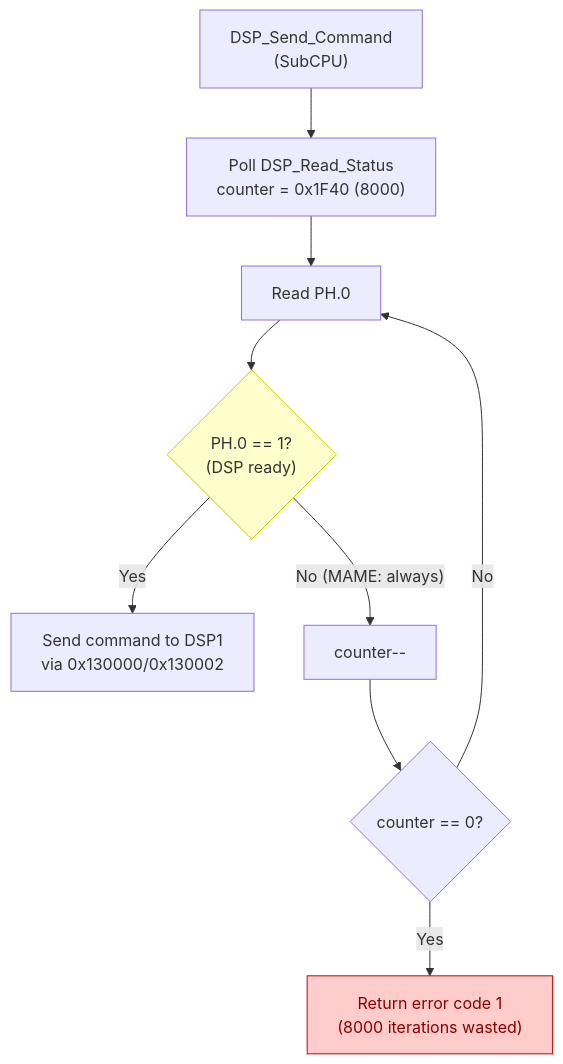
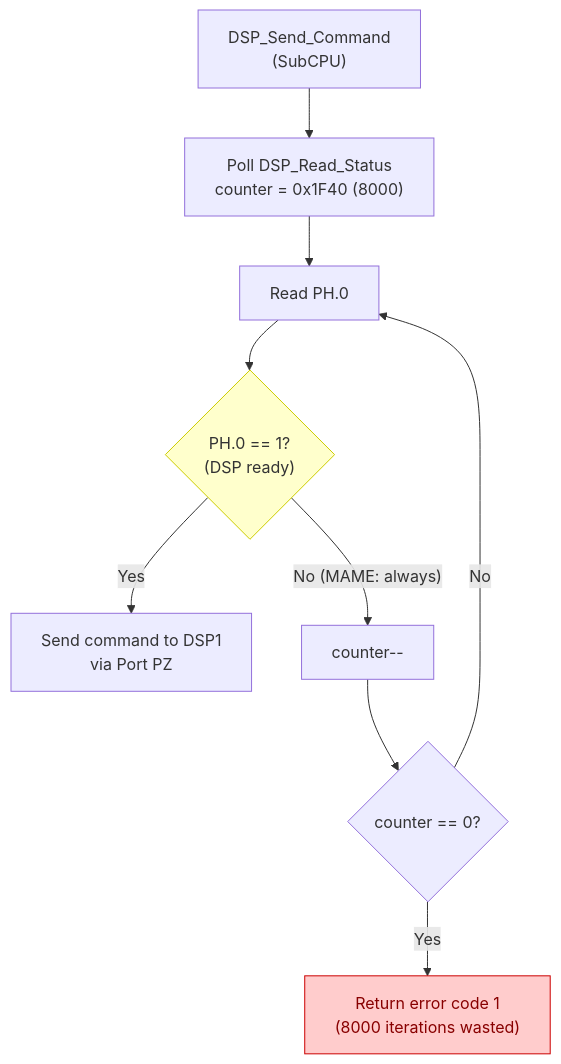
The first of 4 diagrams in swbwr-tone-init.md (ArqueologiaDigital/technics-docs), drawn with Mermaid before and after one commit. The commit also changed other lines of this file and 1 other file, not shown here.

````diff
--- a/swbwr-tone-init.md
+++ b/swbwr-tone-init.md
@@ -192,14 +189,14 @@
 ```mermaid
 flowchart TD
     CMD["DSP_Send_Command<br/>(SubCPU)"] --> POLL["Poll DSP_Read_Status<br/>counter = 0x1F40 (8000)"]
     POLL --> READ["Read PH.0"]
     READ --> CHECK{"PH.0 == 1?<br/>(DSP ready)"}
-    CHECK -- "Yes" --> SEND["Send command to DSP1<br/>via 0x130000/0x130002"]
+    CHECK -- "Yes" --> SEND["Send command to DSP1<br/>via Port PZ"]
     CHECK -- "No (MAME: always)" --> DEC["counter--"]
     DEC --> TIMEOUT{"counter == 0?"}
     TIMEOUT -- "No" --> READ
     TIMEOUT -- "Yes" --> FAIL["Return error code 1<br/>(8000 iterations wasted)"]
 
     style FAIL fill:#fcc,stroke:#c00,color:#800
     style CHECK fill:#ffc,stroke:#cc0
 ```
````
